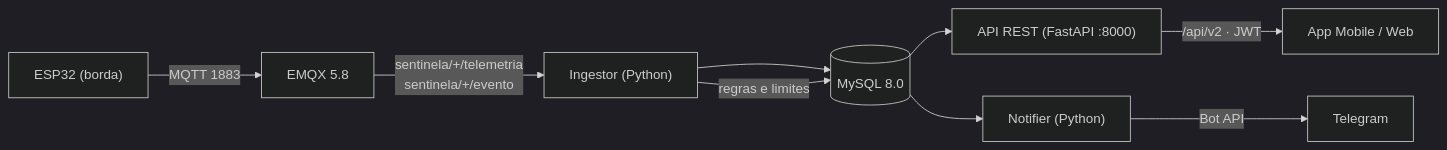
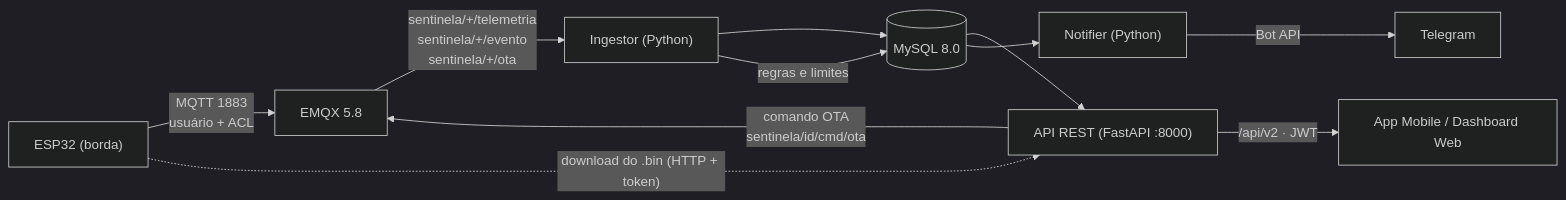
Before and after one commit to MikezinZ/SentinelaCPD: the third of 5 diagrams in README.md, drawn with Mermaid (dark theme). The commit also changed other lines of this file and 5 other files, not shown here.

````diff
--- a/README.md
+++ b/README.md
@@ -480,11 +483,13 @@
 ```mermaid
 flowchart LR
-    ESP["ESP32 (borda)"] -->|"MQTT 1883"| EMQX["EMQX 5.8"]
-    EMQX -->|"sentinela/+/telemetria<br/>sentinela/+/evento"| ING["Ingestor (Python)"]
+    ESP["ESP32 (borda)"] -->|"MQTT 1883<br/>usuário + ACL"| EMQX["EMQX 5.8"]
+    EMQX -->|"sentinela/+/telemetria<br/>sentinela/+/evento<br/>sentinela/+/ota"| ING["Ingestor (Python)"]
     ING --> DB[("MySQL 8.0")]
     DB --> API["API REST (FastAPI :8000)"]
     DB --> NOT["Notifier (Python)"]
     ING -->|"regras e limites"| DB
-    API -->|"/api/v2 · JWT"| APP["App Mobile / Web"]
+    API -->|"/api/v2 · JWT"| APP["App Mobile / Dashboard Web"]
+    API -->|"comando OTA<br/>sentinela/id/cmd/ota"| EMQX
+    ESP -.->|"download do .bin (HTTP + token)"| API
     NOT -->|"Bot API"| TG["Telegram"]
 ```
````
